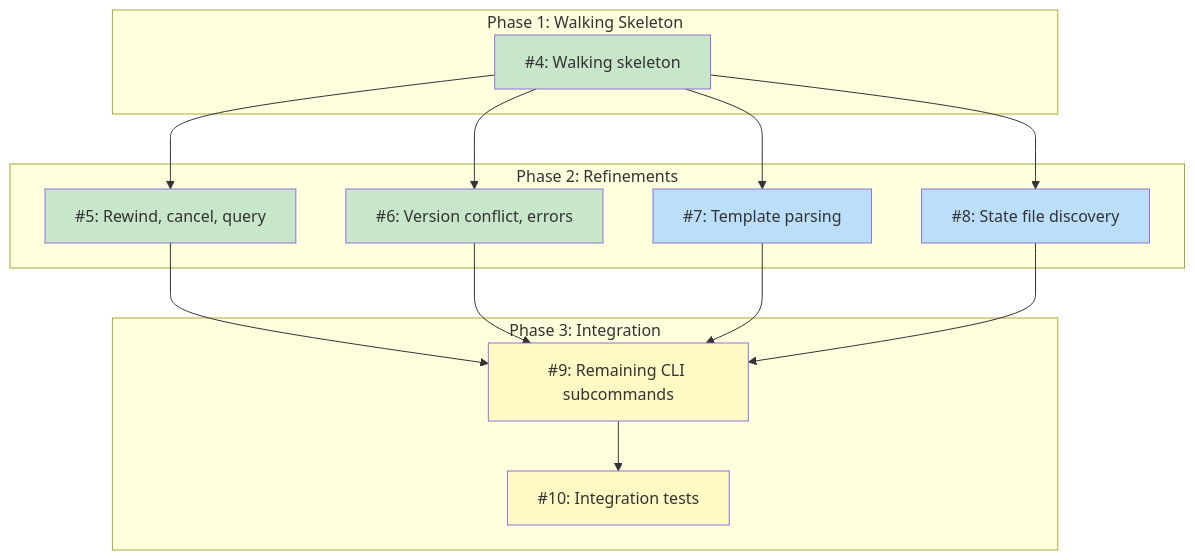
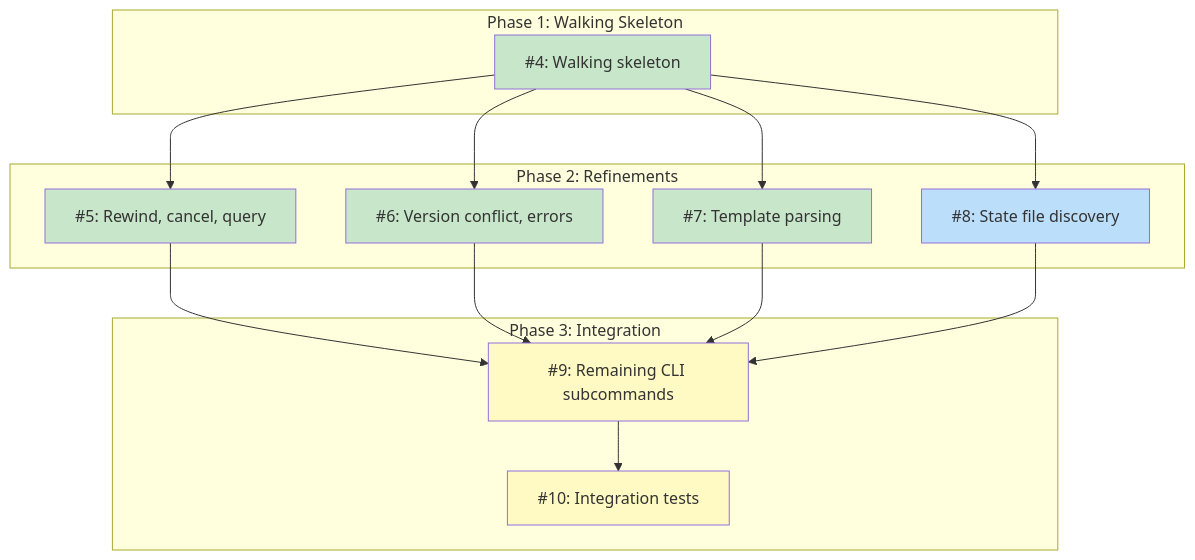
One commit to tsukumogami/koto changed the diagram in docs/designs/DESIGN-koto-engine.md. Above: the diagram before and after it, drawn with Mermaid. The commit also changed other lines of this file and 5 other files, not shown here.

Commit message:
docs(koto-engine): mark #7 complete, update diagram

````diff
--- a/docs/designs/DESIGN-koto-engine.md
+++ b/docs/designs/DESIGN-koto-engine.md
@@ -58,38 +58,38 @@
 ```mermaid
 graph TD
     subgraph Phase1["Phase 1: Walking Skeleton"]
         I4["#4: Walking skeleton"]
     end
 
     subgraph Phase2["Phase 2: Refinements"]
         I5["#5: Rewind, cancel, query"]
         I6["#6: Version conflict, errors"]
         I7["#7: Template parsing"]
         I8["#8: State file discovery"]
     end
 
     subgraph Phase3["Phase 3: Integration"]
         I9["#9: Remaining CLI subcommands"]
         I10["#10: Integration tests"]
     end
 
     I4 --> I5
     I4 --> I6
     I4 --> I7
     I4 --> I8
     I5 --> I9
     I6 --> I9
     I7 --> I9
     I8 --> I9
     I9 --> I10
 
     classDef done fill:#c8e6c9
     classDef ready fill:#bbdefb
     classDef blocked fill:#fff9c4
     classDef needsDesign fill:#e1bee7
     classDef tracksDesign fill:#FFE0B2,stroke:#F57C00,color:#000
 
-    class I4,I5,I6 done
-    class I7,I8 ready
+    class I4,I5,I6,I7 done
+    class I8 ready
     class I9,I10 blocked
 ```
````
